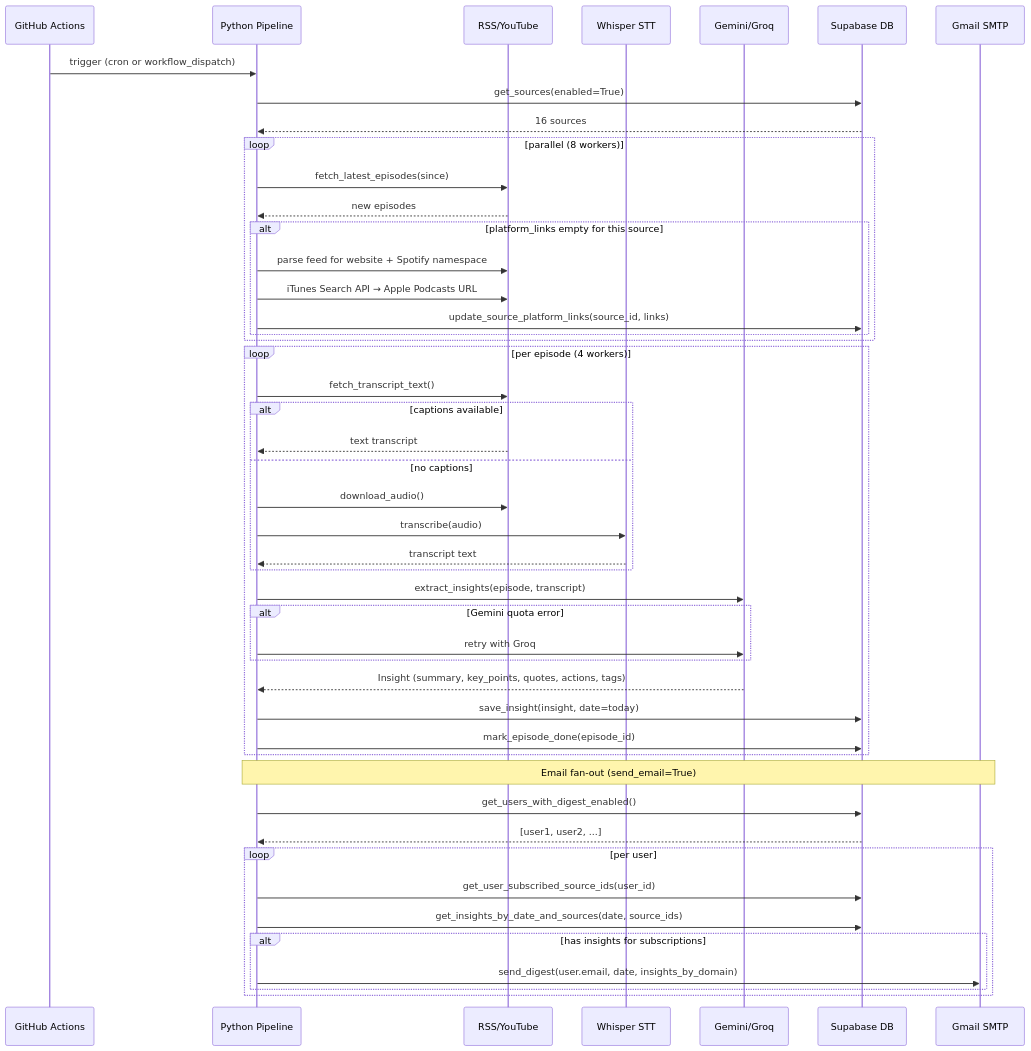
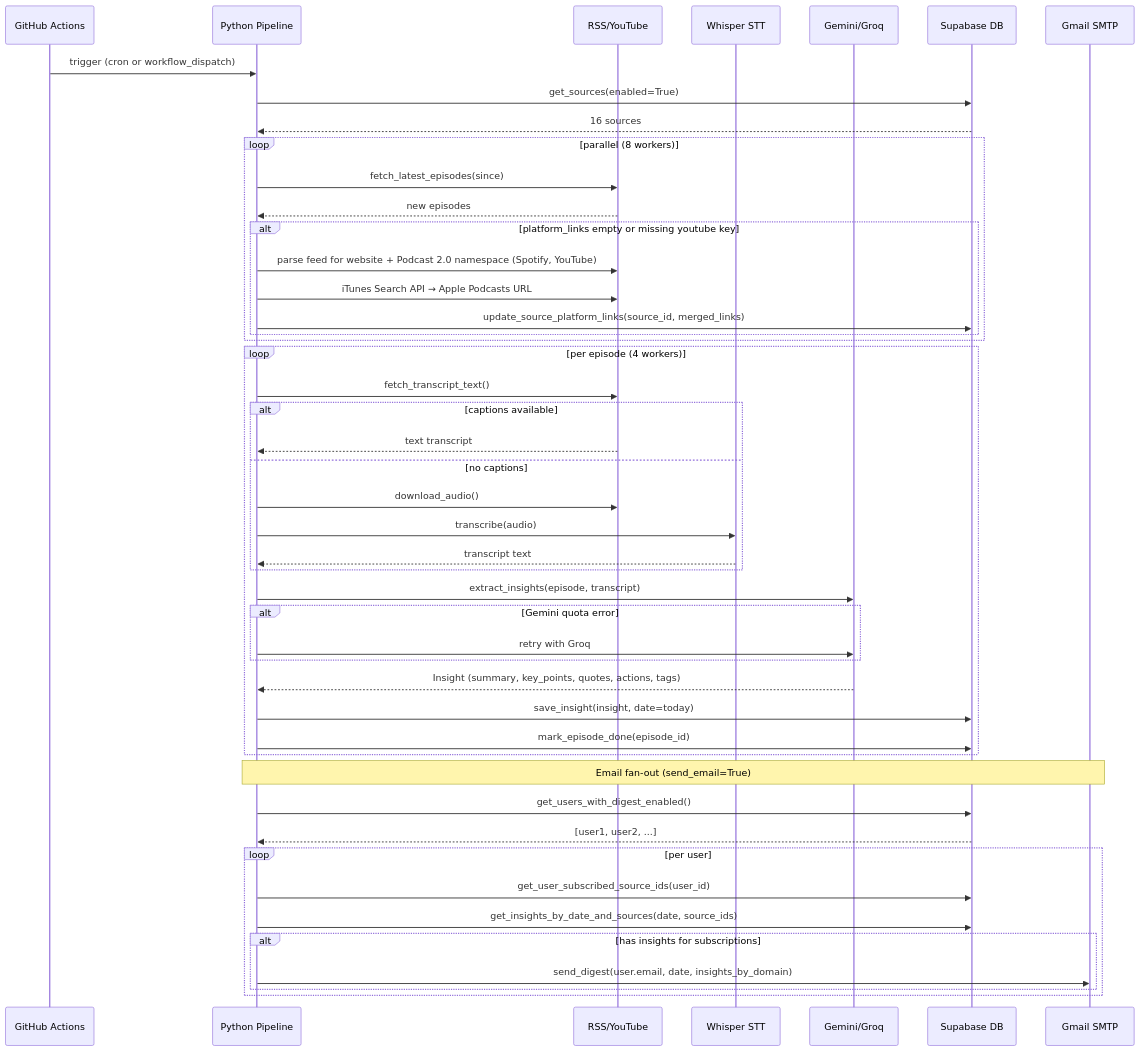
Before and after one commit to vtghub/PodcastsSummarizer: the first of 12 diagrams in docs/request-workflow.md, drawn with Mermaid. The commit also changed 1 other file, not shown here.

Commit message:
docs: update platform links discovery description post-PR #55

````diff
--- a/docs/request-workflow.md
+++ b/docs/request-workflow.md
@@ -5,53 +5,53 @@
 ```mermaid
 sequenceDiagram
     participant GH as GitHub Actions
     participant PY as Python Pipeline
     participant RSS as RSS/YouTube
     participant W as Whisper STT
     participant LLM as Gemini/Groq
     participant DB as Supabase DB
     participant MAIL as Gmail SMTP
 
     GH->>PY: trigger (cron or workflow_dispatch)
     PY->>DB: get_sources(enabled=True)
     DB-->>PY: 16 sources
 
     loop parallel (8 workers)
         PY->>RSS: fetch_latest_episodes(since)
         RSS-->>PY: new episodes
-        alt platform_links empty for this source
-            PY->>RSS: parse feed for website + Spotify namespace
+        alt platform_links empty or missing youtube key
+            PY->>RSS: parse feed for website + Podcast 2.0 namespace (Spotify, YouTube)
             PY->>RSS: iTunes Search API → Apple Podcasts URL
-            PY->>DB: update_source_platform_links(source_id, links)
+            PY->>DB: update_source_platform_links(source_id, merged_links)
         end
     end
 
     loop per episode (4 workers)
         PY->>RSS: fetch_transcript_text()
         alt captions available
             RSS-->>PY: text transcript
         else no captions
             PY->>RSS: download_audio()
             PY->>W: transcribe(audio)
             W-->>PY: transcript text
         end
         PY->>LLM: extract_insights(episode, transcript)
         alt Gemini quota error
             PY->>LLM: retry with Groq
         end
         LLM-->>PY: Insight (summary, key_points, quotes, actions, tags)
         PY->>DB: save_insight(insight, date=today)
         PY->>DB: mark_episode_done(episode_id)
     end
 
     Note over PY,MAIL: Email fan-out (send_email=True)
     PY->>DB: get_users_with_digest_enabled()
     DB-->>PY: [user1, user2, ...]
     loop per user
         PY->>DB: get_user_subscribed_source_ids(user_id)
         PY->>DB: get_insights_by_date_and_sources(date, source_ids)
         alt has insights for subscriptions
             PY->>MAIL: send_digest(user.email, date, insights_by_domain)
         end
     end
 ```
````
